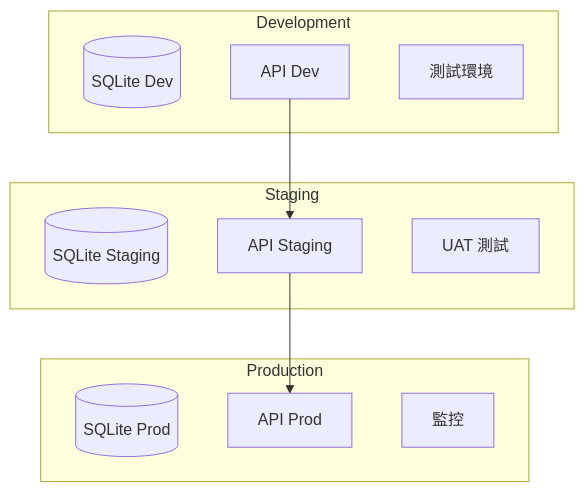
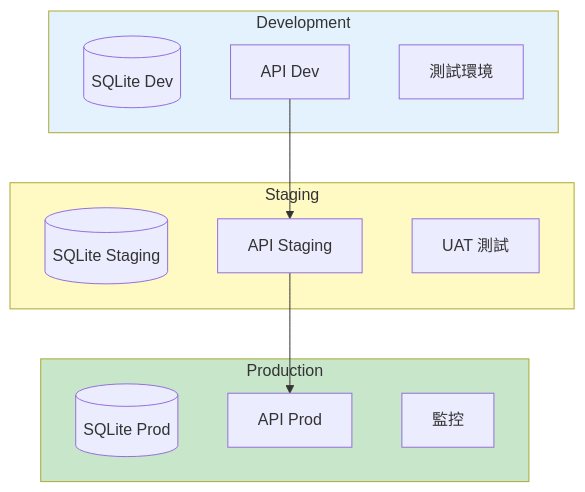
One commit to tboydar/service-booking-api changed diagram 14 of 22 in README.md. Above: the diagram before and after it, drawn with Mermaid. The commit also changed other lines of this file and 11 other files, not shown here.

````diff
--- a/README.md
+++ b/README.md
@@ -1084,24 +933,27 @@
 ```mermaid
 flowchart TD
     subgraph "Development"
         Dev_DB[(SQLite Dev)]
         Dev_API[API Dev]
         Dev_Test[測試環境]
     end
 
     subgraph "Staging"
         Stg_DB[(SQLite Staging)]
         Stg_API[API Staging]
         Stg_Test[UAT 測試]
     end
 
     subgraph "Production"
         Prod_DB[(SQLite Prod)]
         Prod_API[API Prod]
         Prod_Monitor[監控]
     end
 
     Dev_API --> Stg_API
     Stg_API --> Prod_API
 
+    style Development fill:#e3f2fd
+    style Staging fill:#fff9c4
+    style Production fill:#c8e6c9
 ```
````
